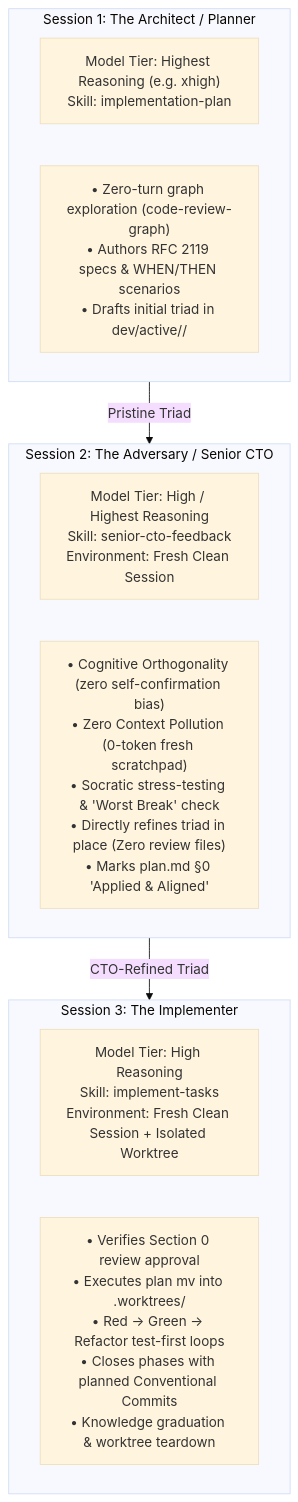
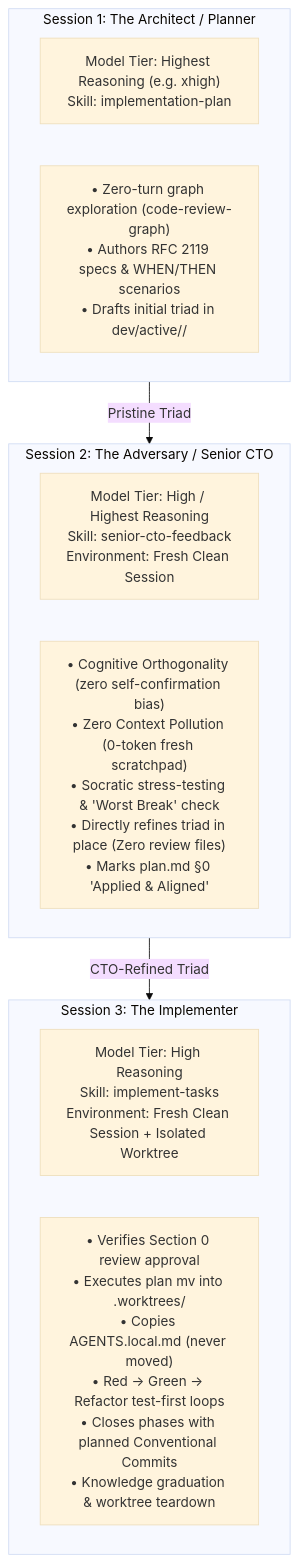
Before and after one commit to islamu-ngo/Event: the third of 11 diagrams in docs/internal/AGENTIC_CONTEXT_ENGINEERING.md, drawn with Mermaid (base theme). The commit also changed other lines of this file and 3 other files, not shown here.

Commit message:
fix(skills): copy AGENTS.local.md to worktrees

````diff
--- a/docs/internal/AGENTIC_CONTEXT_ENGINEERING.md
+++ b/docs/internal/AGENTIC_CONTEXT_ENGINEERING.md
@@ -146,20 +142,20 @@
 ```mermaid
 flowchart TD
     subgraph S1["Session 1: The Architect / Planner"]
         M1["Model Tier: Highest Reasoning (e.g. xhigh)\nSkill: implementation-plan"]
         A1["• Zero-turn graph exploration (code-review-graph)\n• Authors RFC 2119 specs & WHEN/THEN scenarios\n• Drafts initial triad in dev/active/<task>/"]
     end
 
     subgraph S2["Session 2: The Adversary / Senior CTO"]
         M2["Model Tier: High / Highest Reasoning\nSkill: senior-cto-feedback\nEnvironment: Fresh Clean Session"]
         A2["• Cognitive Orthogonality (zero self-confirmation bias)\n• Zero Context Pollution (0-token fresh scratchpad)\n• Socratic stress-testing & 'Worst Break' check\n• Directly refines triad in place (Zero review files)\n• Marks plan.md §0 'Applied & Aligned'"]
     end
 
     subgraph S3["Session 3: The Implementer"]
         M3["Model Tier: High Reasoning\nSkill: implement-tasks\nEnvironment: Fresh Clean Session + Isolated Worktree"]
-        A3["• Verifies Section 0 review approval\n• Executes plan mv into .worktrees/<task>\n• Red -> Green -> Refactor test-first loops\n• Closes phases with planned Conventional Commits\n• Knowledge graduation & worktree teardown"]
+        A3["• Verifies Section 0 review approval\n• Executes plan mv into .worktrees/<task>\n• Copies AGENTS.local.md (never moved)\n• Red -> Green -> Refactor test-first loops\n• Closes phases with planned Conventional Commits\n• Knowledge graduation & worktree teardown"]
     end
 
     S1 -->|Pristine Triad| S2
     S2 -->|CTO-Refined Triad| S3
 ```
````
